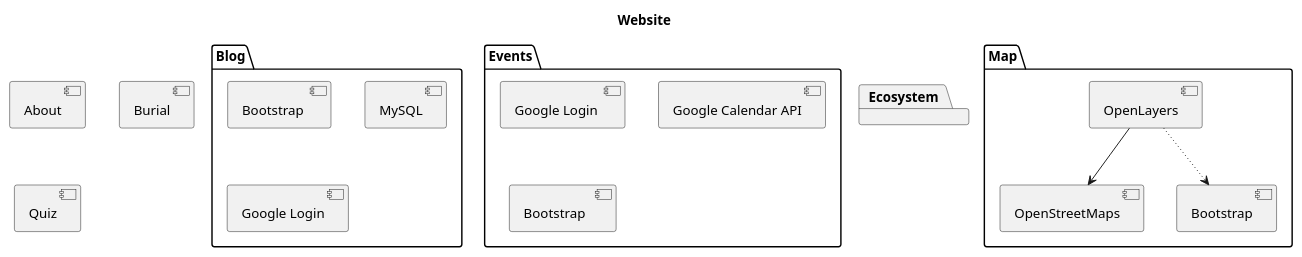
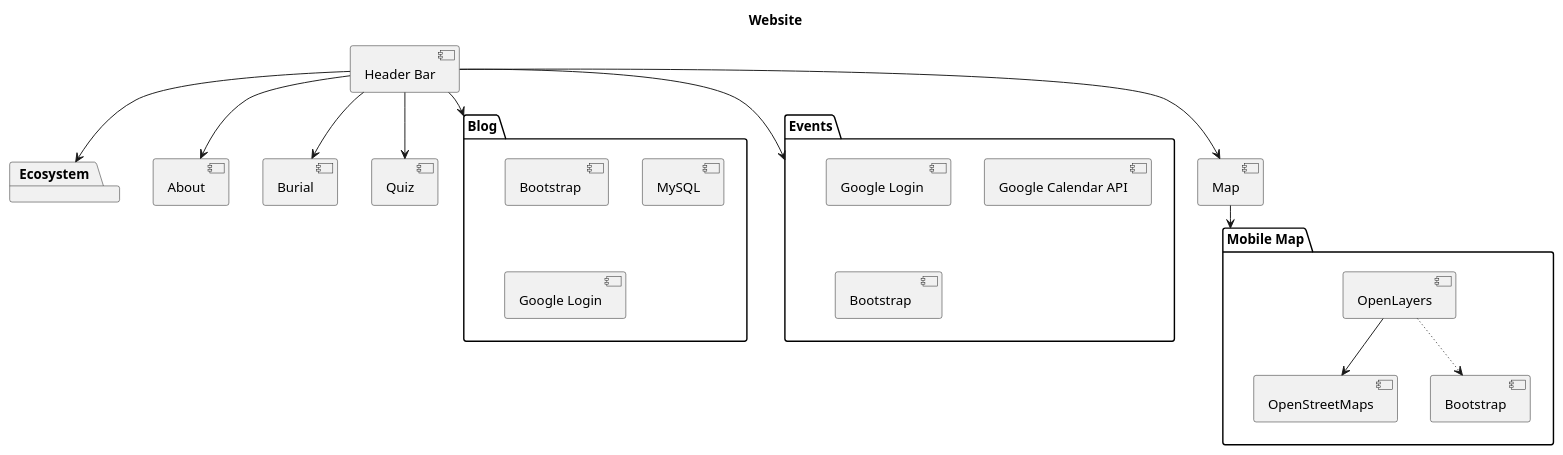
One commit to dibshift/CSCI34282023Project changed the diagram in UMLAssignment.puml. Above: the diagram before and after it, drawn with PlantUML.

Commit message:
Update UMLAssignment.puml
Connected Header Bar to all nodes/packages and updated connections.

Doesn't work properly on https://plantuml-editor.kkeisuke.com/

Does work properly on https://planttext.com/

```diff
--- a/UMLAssignment.puml
+++ b/UMLAssignment.puml
@@ -1,36 +1,48 @@
 @startuml
 
 title Website
 
-package "Map" {
+package "Mobile Map" {
   [OpenLayers]
   [OpenStreetMaps]
   [Bootstrap]
 }
 
 [About]
 
 package "Ecosystem" {
 }
 
 [Burial]
 
 [Quiz]
+
+[Header Bar]
+
+[Map]
 
 package "Blog" {
   [Bootstrap ]
   [MySQL]
   [Google Login]
 }
 
 
 package "Events" {
   [Google Login ]
   [Google Calendar API]
   [Bootstrap  ]
 }
 
 [OpenLayers] --> [OpenStreetMaps]
 [OpenLayers] -[dotted]-> [Bootstrap]
+[Header Bar] --> [About]
+[Map] --> [Mobile Map]
+[Header Bar] --> [Map]
+[Header Bar] --> [Burial]
+[Header Bar] --> [Quiz]
+[Header Bar] --> [Ecosystem]
+[Header Bar] --> [Blog]
+[Header Bar] --> [Events]
 
 @enduml
```
